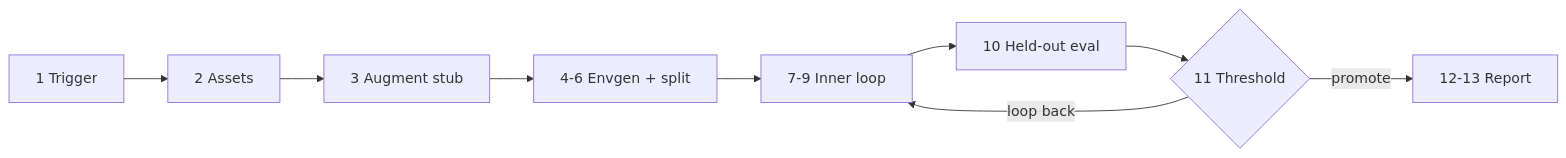
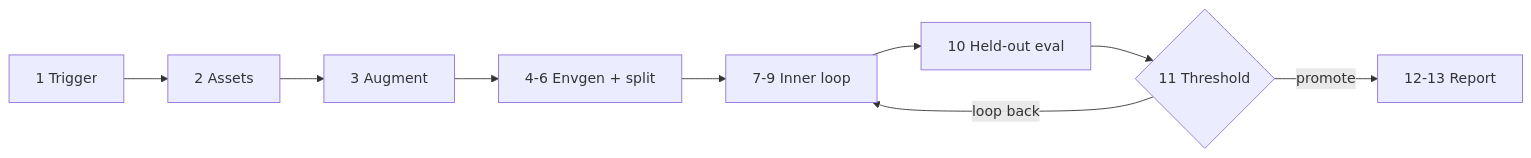
The diagram in docs/workbench/guides/sim2real-workflow.md (nebius/nebius-physical-ai), drawn with Mermaid before and after one commit. The commit also changed other lines of this file and 12 other files, not shown here.

````diff
--- a/docs/workbench/guides/sim2real-workflow.md
+++ b/docs/workbench/guides/sim2real-workflow.md
@@ -16,11 +19,11 @@
 ```mermaid
 flowchart LR
   S1[1 Trigger] --> S2[2 Assets]
-  S2 --> S3[3 Augment stub]
+  S2 --> S3[3 Augment]
   S3 --> S4[4-6 Envgen + split]
   S4 --> S7[7-9 Inner loop]
   S7 --> S10[10 Held-out eval]
   S10 --> S11{11 Threshold}
   S11 -->|promote| S12[12-13 Report]
   S11 -->|loop back| S7
 ```
````
